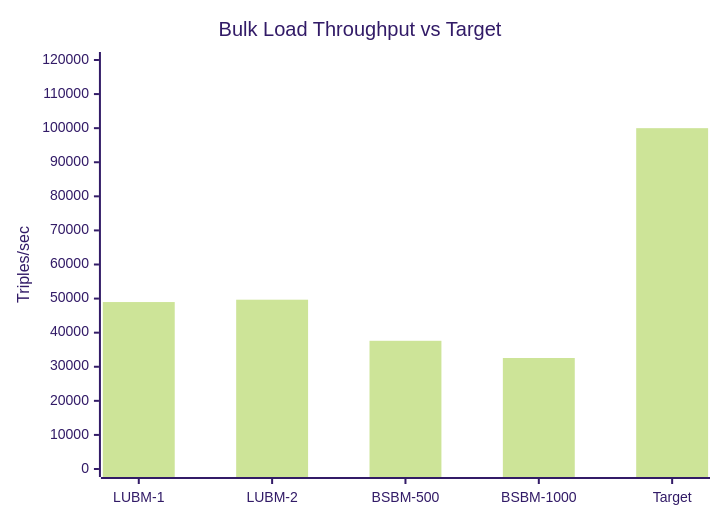
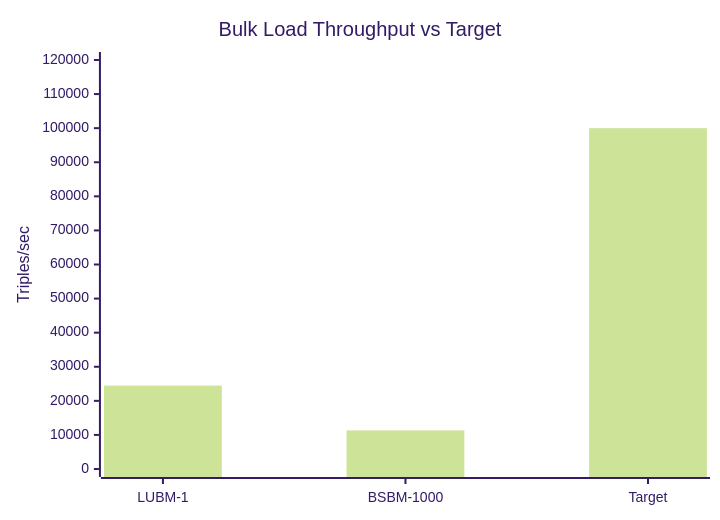
Before and after one commit to pcharbon70/triple_store: the second of 3 diagrams in guides/benchmarks/performance-targets.md, drawn with Mermaid (forest theme). The commit also changed other lines of this file and 2 other files, not shown here.

````diff
--- a/guides/benchmarks/performance-targets.md
+++ b/guides/benchmarks/performance-targets.md
@@ -94,7 +92,7 @@
 ```mermaid
 xychart-beta
     title "Bulk Load Throughput vs Target"
-    x-axis ["LUBM-1", "LUBM-2", "BSBM-500", "BSBM-1000", "Target"]
+    x-axis ["LUBM-1", "BSBM-1000", "Target"]
     y-axis "Triples/sec" 0 --> 120000
-    bar [48983, 49671, 37617, 32567, 100000]
+    bar [24467, 11331, 100000]
 ```
````
